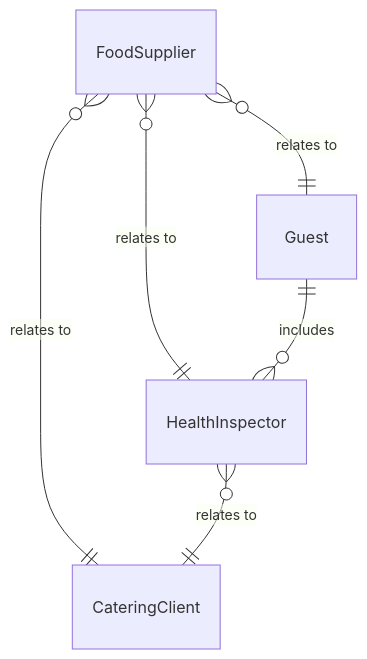
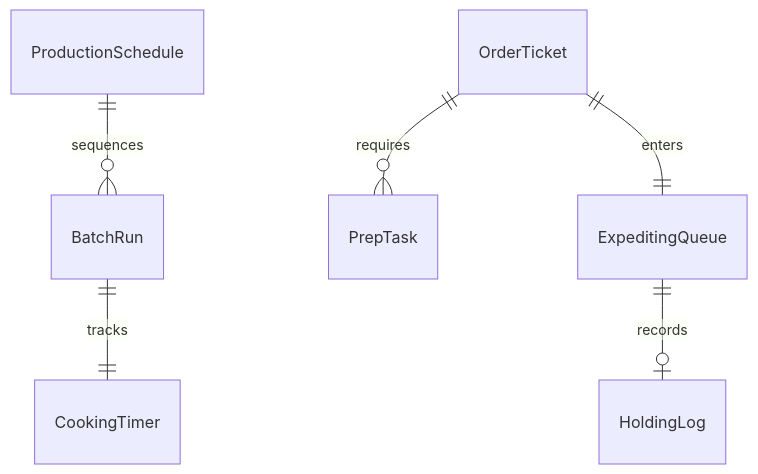
One commit to dot-org-ai/tasks.org.ai changed the first of 4 diagrams in GuidingDirectingAndMotivatingSubordinates/DirectOrganizationalOperationsActivitiesOrProcedures/CoordinateTimingFoodProductionActivities.mdx. Above: the diagram before and after it, drawn with Mermaid. The commit also changed other lines of this file and 515 other files, not shown here.

````diff
--- a/GuidingDirectingAndMotivatingSubordinates/DirectOrganizationalOperationsActivitiesOrProcedures/CoordinateTimingFoodProductionActivities.mdx
+++ b/GuidingDirectingAndMotivatingSubordinates/DirectOrganizationalOperationsActivitiesOrProcedures/CoordinateTimingFoodProductionActivities.mdx
@@ -89,8 +89,8 @@
 ```mermaid
 erDiagram
-    FoodSupplier }o--|| Guest : "relates to"
-    FoodSupplier }o--|| HealthInspector : "relates to"
-    FoodSupplier }o--|| CateringClient : "relates to"
-    Guest ||--o{ HealthInspector : includes
-    HealthInspector }o--|| CateringClient : "relates to"
+    ProductionSchedule ||--o{ BatchRun : "sequences"
+    OrderTicket ||--o{ PrepTask : "requires"
+    BatchRun ||--|| CookingTimer : "tracks"
+    OrderTicket ||--|| ExpeditingQueue : "enters"
+    ExpeditingQueue ||--o| HoldingLog : "records"
 ```
````
